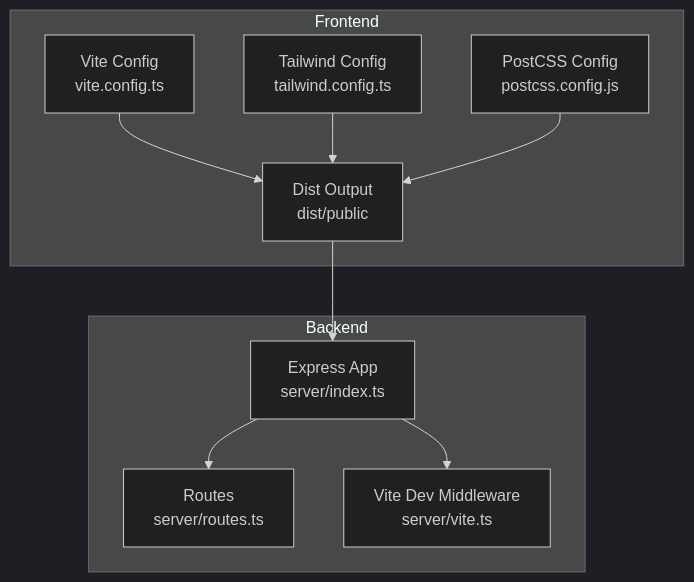
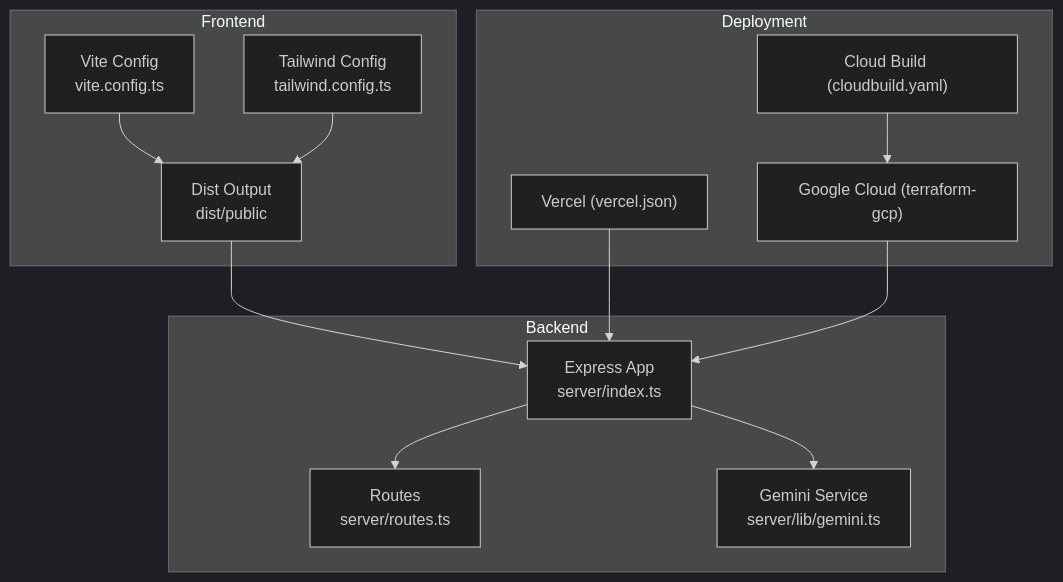
The first of 7 diagrams in docs/code-wiki/content/Deployment & DevOps/Deployment Strategies.md (nitishssh/Class-mode), drawn with Mermaid (dark theme) before and after one commit. The commit also changed other lines of this file and 4 other files, not shown here.

Commit message:
docs(wiki): update architecture and deployment guides for version 1.2.0

````diff
--- a/docs/code-wiki/content/Deployment & DevOps/Deployment Strategies.md
+++ b/docs/code-wiki/content/Deployment & DevOps/Deployment Strategies.md
@@ -54,20 +55,26 @@
 ```mermaid
 graph TB
 subgraph "Frontend"
 ViteCfg["Vite Config<br/>vite.config.ts"]
 TailwindCfg["Tailwind Config<br/>tailwind.config.ts"]
-PostCSS["PostCSS Config<br/>postcss.config.js"]
 Dist["Dist Output<br/>dist/public"]
 end
 subgraph "Backend"
 ExpressApp["Express App<br/>server/index.ts"]
 Routes["Routes<br/>server/routes.ts"]
-ViteMiddleware["Vite Dev Middleware<br/>server/vite.ts"]
+Gemini["Gemini Service<br/>server/lib/gemini.ts"]
+end
+subgraph "Deployment"
+VERCEL["Vercel (vercel.json)"]
+GCP["Google Cloud (terraform-gcp)"]
+CB["Cloud Build (cloudbuild.yaml)"]
 end
 ViteCfg --> Dist
 TailwindCfg --> Dist
-PostCSS --> Dist
 Dist --> ExpressApp
 ExpressApp --> Routes
-ExpressApp --> ViteMiddleware
+ExpressApp --> Gemini
+VERCEL --> ExpressApp
+GCP --> ExpressApp
+CB --> GCP
 ```
````
